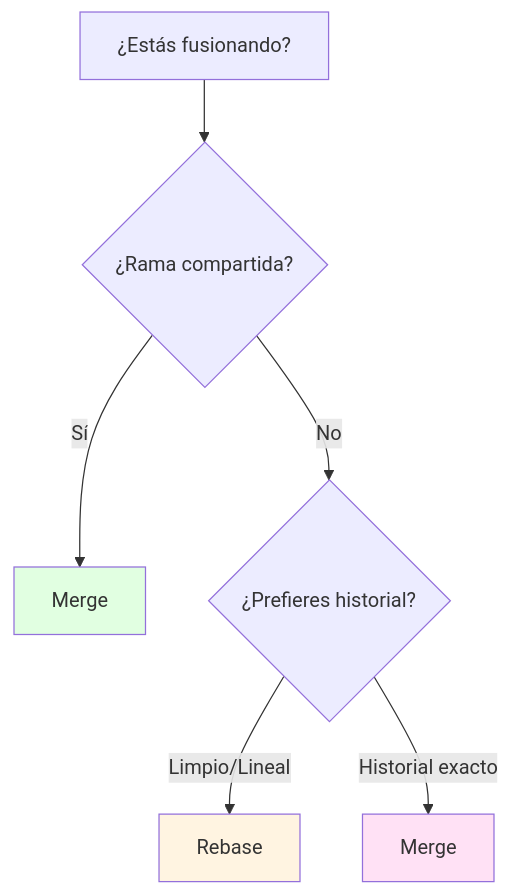
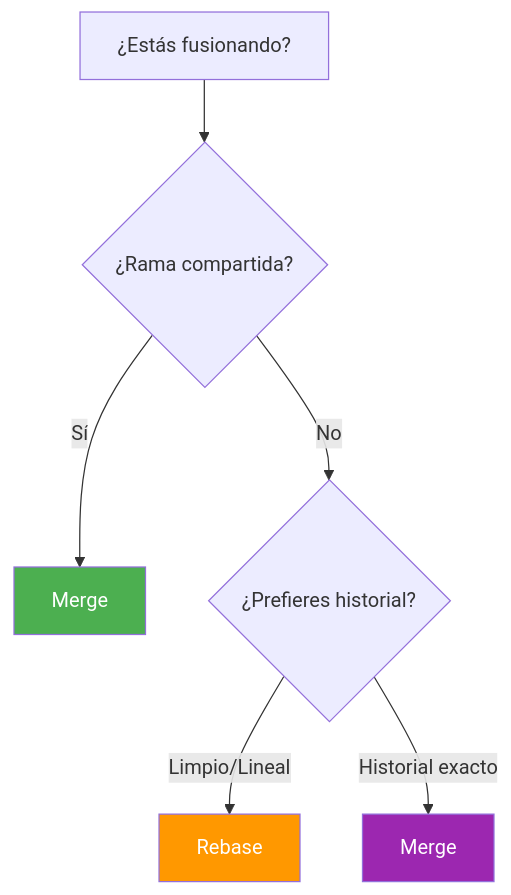
One commit to joseluisgs/EntornosDesarrollo-03-2026-2027 changed the tenth of 17 diagrams in 02-git-avanzado.md. Above: the diagram before and after it, drawn with Mermaid. The commit also changed other lines of this file and 5 other files, not shown here.

````diff
--- a/02-git-avanzado.md
+++ b/02-git-avanzado.md
@@ -280,12 +488,12 @@
 ```mermaid
 graph TD
     A[¿Estás fusionando?] --> B{¿Rama compartida?}
     B -->|Sí| C[Merge]
     B -->|No| D{¿Prefieres historial?}
     D -->|Limpio/Lineal| E[Rebase]
     D -->|Historial exacto| F[Merge]
     
-    style C fill:#e1ffe1
-    style E fill:#fff4e1
-    style F fill:#ffe1f5
+    style C fill:#4CAF50,color:#fff
+    style E fill:#FF9800,color:#fff
+    style F fill:#9C27B0,color:#fff
 ```
````
